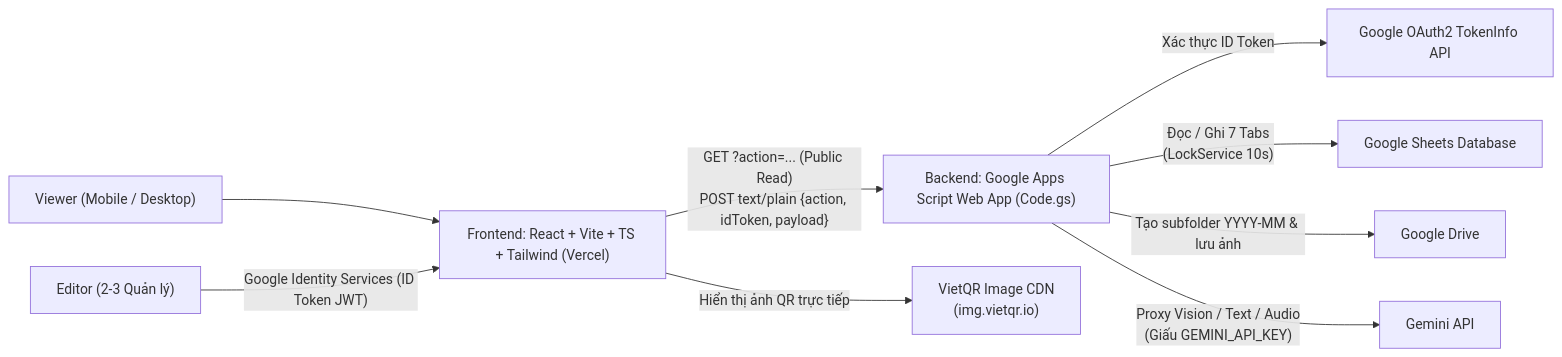
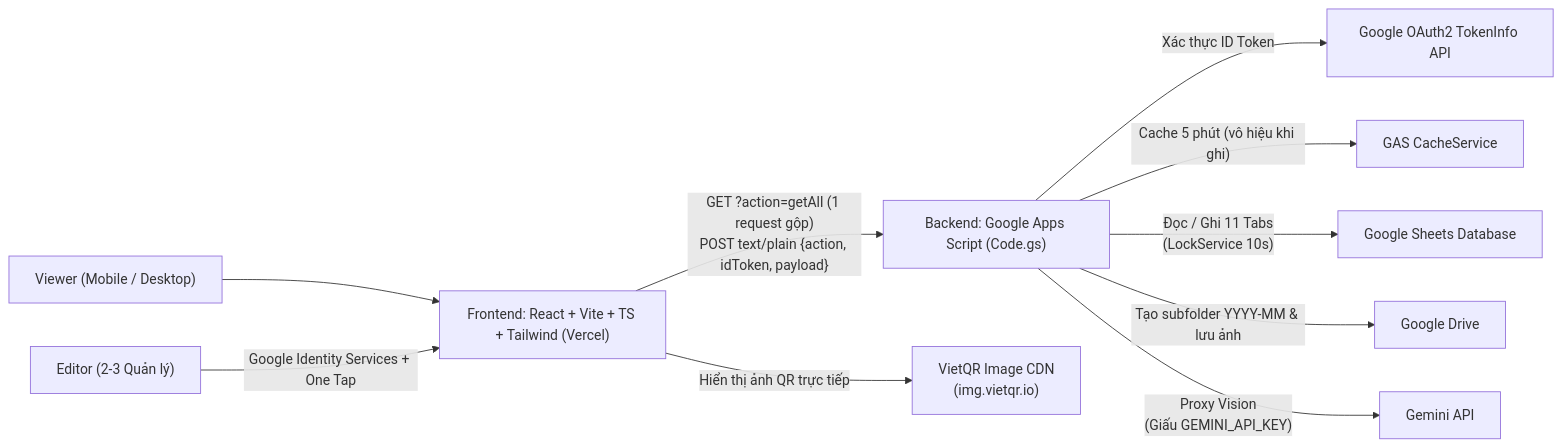
The diagram in SPEC.md (tuantrungky/chiatien), drawn with Mermaid before and after one commit. The commit also changed other lines of this file and 30 other files, not shown here.

````diff
--- a/SPEC.md
+++ b/SPEC.md
@@ -28,13 +35,14 @@
 ```mermaid
 flowchart LR
     U_V["Viewer (Mobile / Desktop)"] --> FE["Frontend: React + Vite + TS + Tailwind (Vercel)"]
-    U_E["Editor (2-3 Quản lý)"] -->|"Google Identity Services (ID Token JWT)"| FE
+    U_E["Editor (2-3 Quản lý)"] -->|"Google Identity Services + One Tap"| FE
 
-    FE -->|"GET ?action=... (Public Read)\nPOST text/plain {action, idToken, payload}"| GAS["Backend: Google Apps Script Web App (Code.gs)"]
+    FE -->|"GET ?action=getAll (1 request gộp)\nPOST text/plain {action, idToken, payload}"| GAS["Backend: Google Apps Script (Code.gs)"]
     FE -->|"Hiển thị ảnh QR trực tiếp"| VQR["VietQR Image CDN\n(img.vietqr.io)"]
 
     GAS -->|"Xác thực ID Token"| OAUTH["Google OAuth2 TokenInfo API"]
-    GAS -->|"Đọc / Ghi 7 Tabs\n(LockService 10s)"| GS["Google Sheets Database"]
+    GAS -->|"Cache 5 phút (vô hiệu khi ghi)"| CACHE["GAS CacheService"]
+    GAS -->|"Đọc / Ghi 11 Tabs\n(LockService 10s)"| GS["Google Sheets Database"]
     GAS -->|"Tạo subfolder YYYY-MM & lưu ảnh"| GD["Google Drive"]
-    GAS -->|"Proxy Vision / Text / Audio\n(Giấu GEMINI_API_KEY)"| GEM["Gemini API"]
+    GAS -->|"Proxy Vision\n(Giấu GEMINI_API_KEY)"| GEM["Gemini API"]
 ```
````
